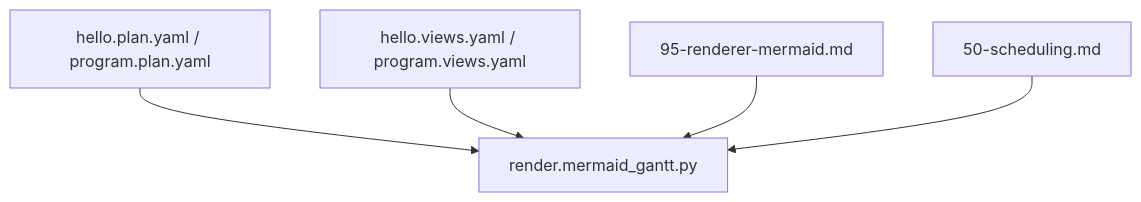
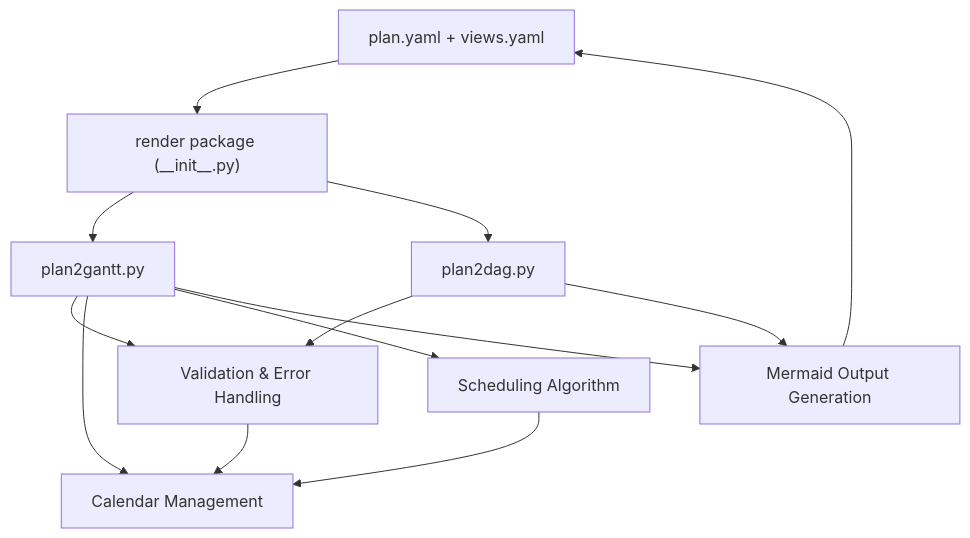
The sixth of 6 diagrams in .qoder/repowiki/en/content/Tooling and Utilities/Rendering Engine.md (asukhodko/opskarta), drawn with Mermaid before and after one commit. The commit also changed other lines of this file and 6 other files, not shown here.

First line of the commit message:
feat(renderer): replace mermaid_gantt with plan2gantt and plan2dag modules

````diff
--- a/.qoder/repowiki/en/content/Tooling and Utilities/Rendering Engine.md
+++ b/.qoder/repowiki/en/content/Tooling and Utilities/Rendering Engine.md
@@ -497,12 +554,23 @@
 ```mermaid
 graph TB
-PLAN["hello.plan.yaml / program.plan.yaml"]
-VIEWS["hello.views.yaml / program.views.yaml"]
-RENDER["render.mermaid_gantt.py"]
-SPEC["95-renderer-mermaid.md"]
-SCHED["50-scheduling.md"]
-PLAN --> RENDER
-VIEWS --> RENDER
-SPEC --> RENDER
-SCHED --> RENDER
+PLAN["plan.yaml + views.yaml"]
+RENDERPKG["render package (__init__.py)"]
+GANTT["plan2gantt.py"]
+DAG["plan2dag.py"]
+VALIDATOR["Validation & Error Handling"]
+CALENDAR["Calendar Management"]
+SCHEDULER["Scheduling Algorithm"]
+RENDERER["Mermaid Output Generation"]
+PLAN --> RENDERPKG
+RENDERPKG --> GANTT
+RENDERPKG --> DAG
+GANTT --> VALIDATOR
+GANTT --> CALENDAR
+GANTT --> SCHEDULER
+GANTT --> RENDERER
+DAG --> VALIDATOR
+DAG --> RENDERER
+VALIDATOR --> CALENDAR
+SCHEDULER --> CALENDAR
+RENDERER --> PLAN
 ```
````
